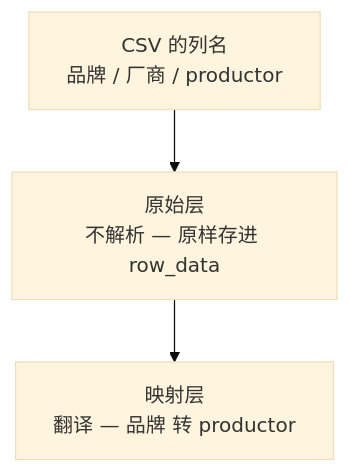
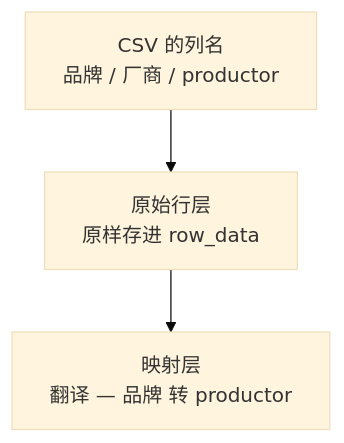
One commit to huql0605/pygo_product_manage_partform changed the fourth of 7 diagrams in docs/architecture.md. Above: the diagram before and after it, drawn with Mermaid (base theme). The commit also changed other lines of this file and 5 other files, not shown here.

````diff
--- a/docs/architecture.md
+++ b/docs/architecture.md
@@ -155,7 +197,7 @@
 ```mermaid
 flowchart TD
     K1["CSV 的列名<br/>品牌 / 厂商 / productor"]
-    K2["原始层<br/>不解析 — 原样存进 row_data"]
+    K2["原始行层<br/>原样存进 row_data"]
     K3["映射层<br/>翻译 — 品牌 转 productor"]
     K1 --> K2 --> K3
 ```
````
